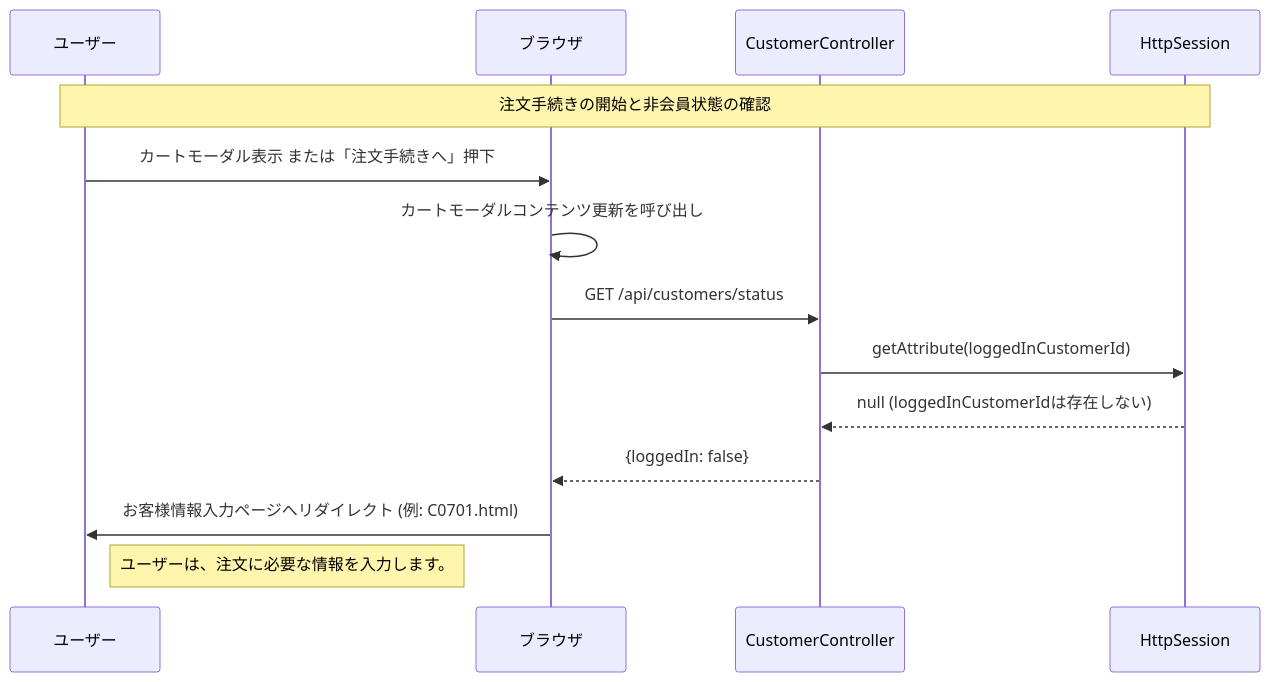
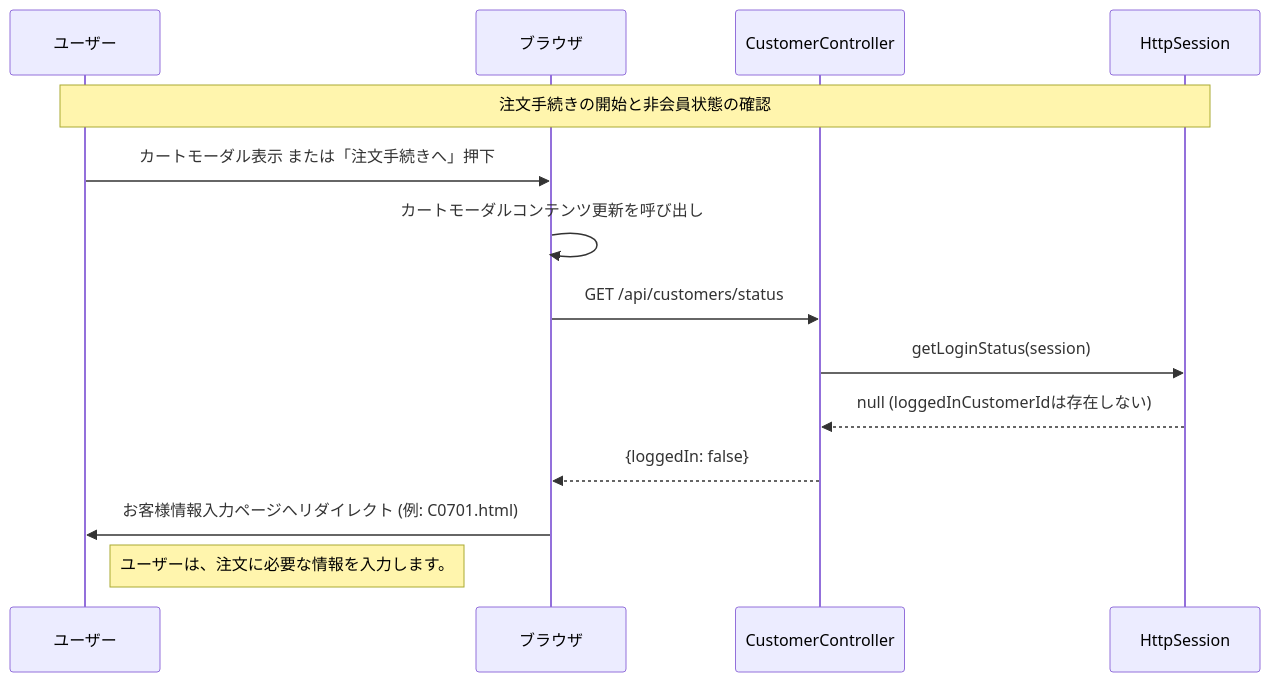
One commit to shogomaeda758/Bacon changed diagram 12 of 22 in 詳細設計/詳細設計書_v3.md. Above: the diagram before and after it, drawn with Mermaid. The commit also changed other lines of this file, not shown here.

Commit message:
シーケンス図のメソッド修正2

````diff
--- a/詳細設計/詳細設計書_v3.md
+++ b/詳細設計/詳細設計書_v3.md
@@ -496,17 +496,17 @@
 ```mermaid
 sequenceDiagram
     participant U as ユーザー
     participant B as ブラウザ
     participant CUC as CustomerController
     participant S as HttpSession
 
     Note over U,S: 注文手続きの開始と非会員状態の確認
     U->>B: カートモーダル表示 または「注文手続きへ」押下
     B->>B: カートモーダルコンテンツ更新を呼び出し
     B->>CUC: GET /api/customers/status
-    CUC->>S: getAttribute(loggedInCustomerId)
+    CUC->>S: getLoginStatus(session)
     S-->>CUC: null (loggedInCustomerIdは存在しない)
     CUC-->>B: {loggedIn: false}
     B->>U: お客様情報入力ページへリダイレクト (例: C0701.html)
     Note right of U: ユーザーは、注文に必要な情報を入力します。
 ```
````
